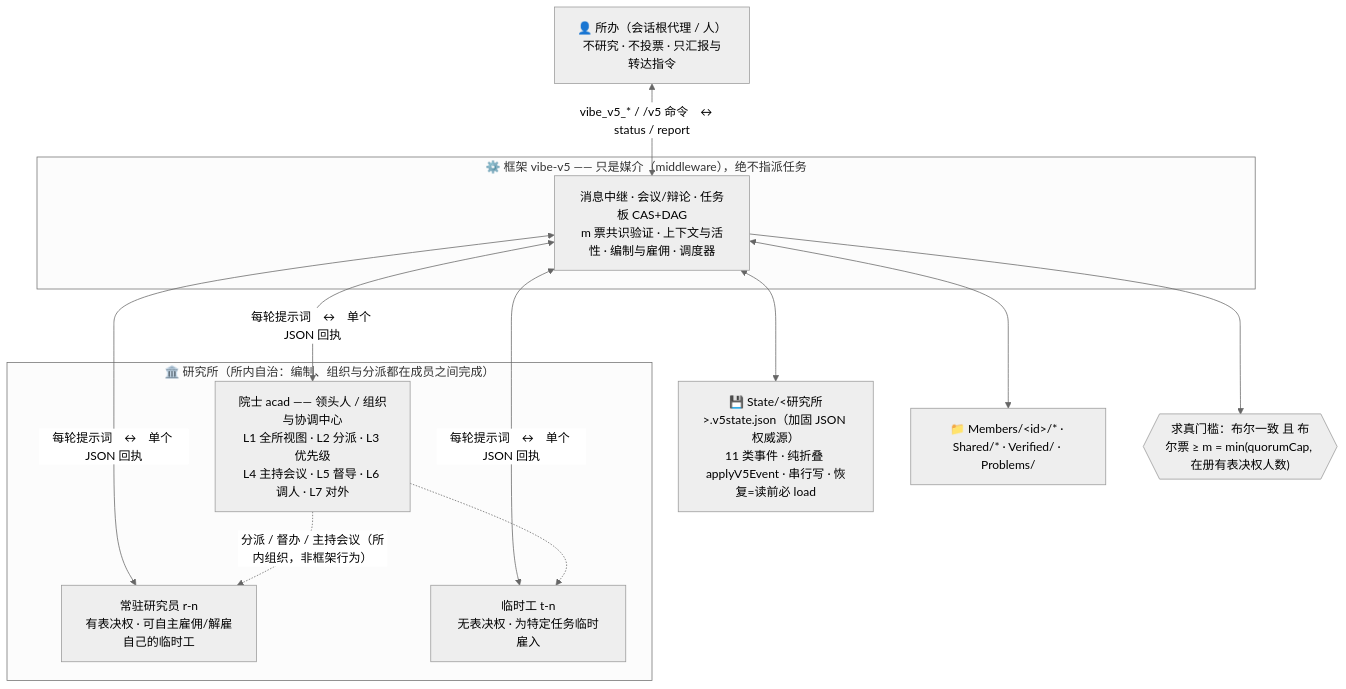
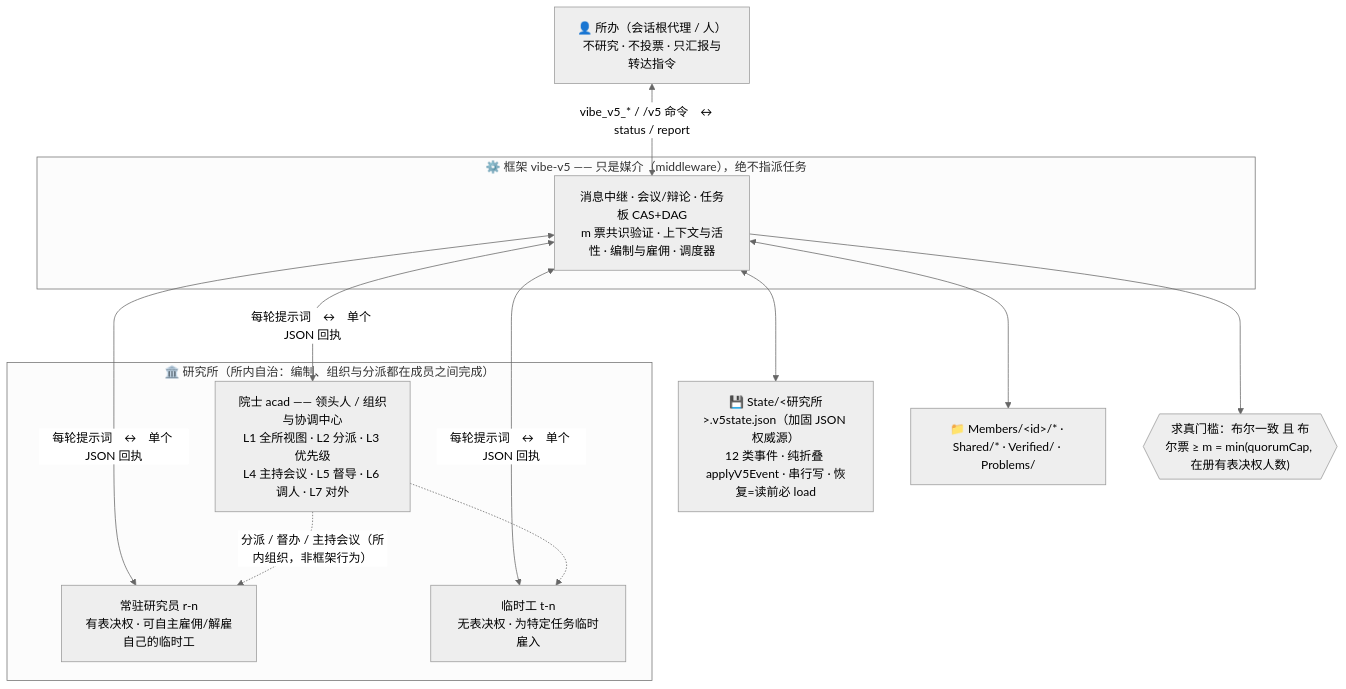
Before and after one commit to ChongCyrus/Vibe-Mathematics: the diagram in README.md, drawn with Mermaid (neutral theme). The commit also changed other lines of this file and 34 other files, not shown here.

````diff
--- a/README.md
+++ b/README.md
@@ -71,24 +71,24 @@
 ```mermaid
 flowchart TB
     OFF["👤 所办（会话根代理 / 人）<br/>不研究 · 不投票 · 只汇报与转达指令"]
     subgraph INST["🏛️ 研究所（所内自治：编制、组织与分派都在成员之间完成）"]
         ACAD["院士 acad —— 领头人 / 组织与协调中心<br/>L1 全所视图 · L2 分派 · L3 优先级<br/>L4 主持会议 · L5 督导 · L6 调人 · L7 对外"]
         RES["常驻研究员 r-n<br/>有表决权 · 可自主雇佣/解雇自己的临时工"]
         TMP["临时工 t-n<br/>无表决权 · 为特定任务临时雇入"]
     end
     subgraph FW["⚙️ 框架 vibe-v5 —— 只是媒介（middleware），绝不指派任务"]
         M["消息中继 · 会议/辩论 · 任务板 CAS+DAG<br/>m 票共识验证 · 上下文与活性 · 编制与雇佣 · 调度器"]
     end
-    PROJ["💾 State/&lt;研究所&gt;.v5state.json（加固 JSON 权威源）<br/>11 类事件 · 纯折叠 applyV5Event · 串行写 · 恢复=读前必 load"]
+    PROJ["💾 State/&lt;研究所&gt;.v5state.json（加固 JSON 权威源）<br/>12 类事件 · 纯折叠 applyV5Event · 串行写 · 恢复=读前必 load"]
     FS["📁 Members/&lt;id&gt;/* · Shared/* · Verified/ · Problems/"]
     RULE{{"求真门槛：布尔一致 且 布尔票 ≥ m = min(quorumCap, 在册有表决权人数)"}}
     OFF <-->|"vibe_v5_* / /v5 命令　↔　status / report"| M
     M <-->|"每轮提示词　↔　单个 JSON 回执"| ACAD
     M <-->|"每轮提示词　↔　单个 JSON 回执"| RES
     M <-->|"每轮提示词　↔　单个 JSON 回执"| TMP
     ACAD -.->|"分派 / 督办 / 主持会议（所内组织，非框架行为）"| RES
     ACAD -.-> TMP
     M <--> PROJ
     M <--> FS
     M --> RULE
 ```
````
